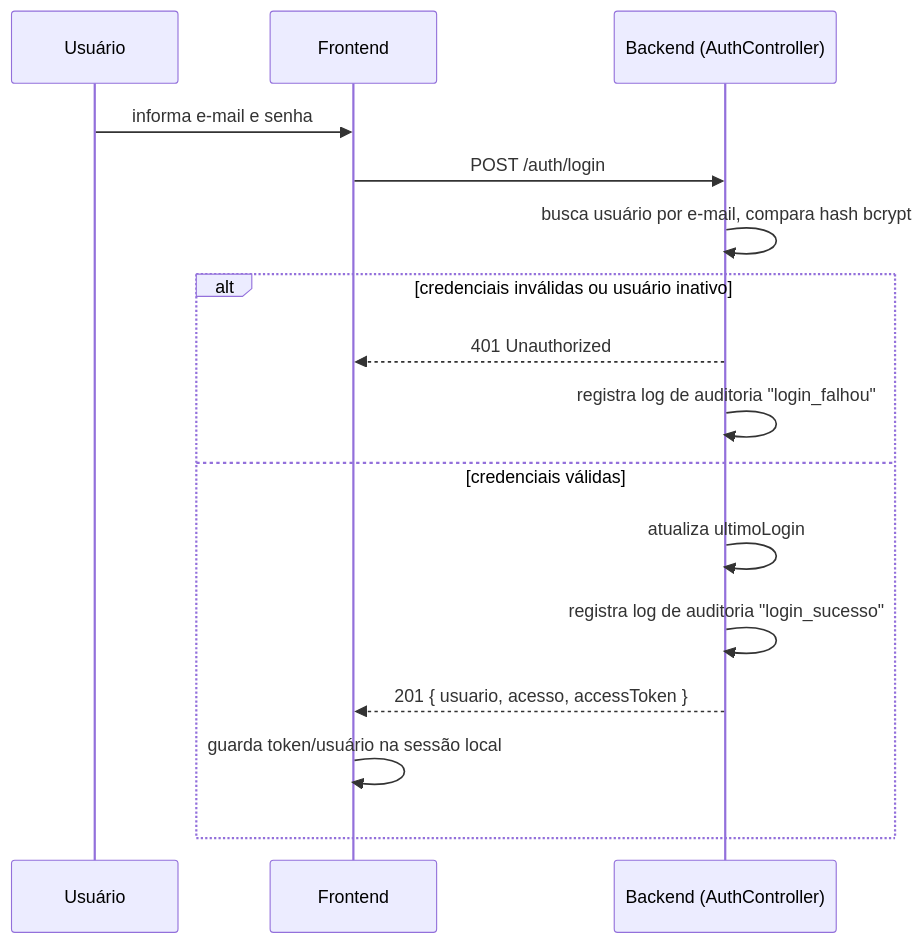
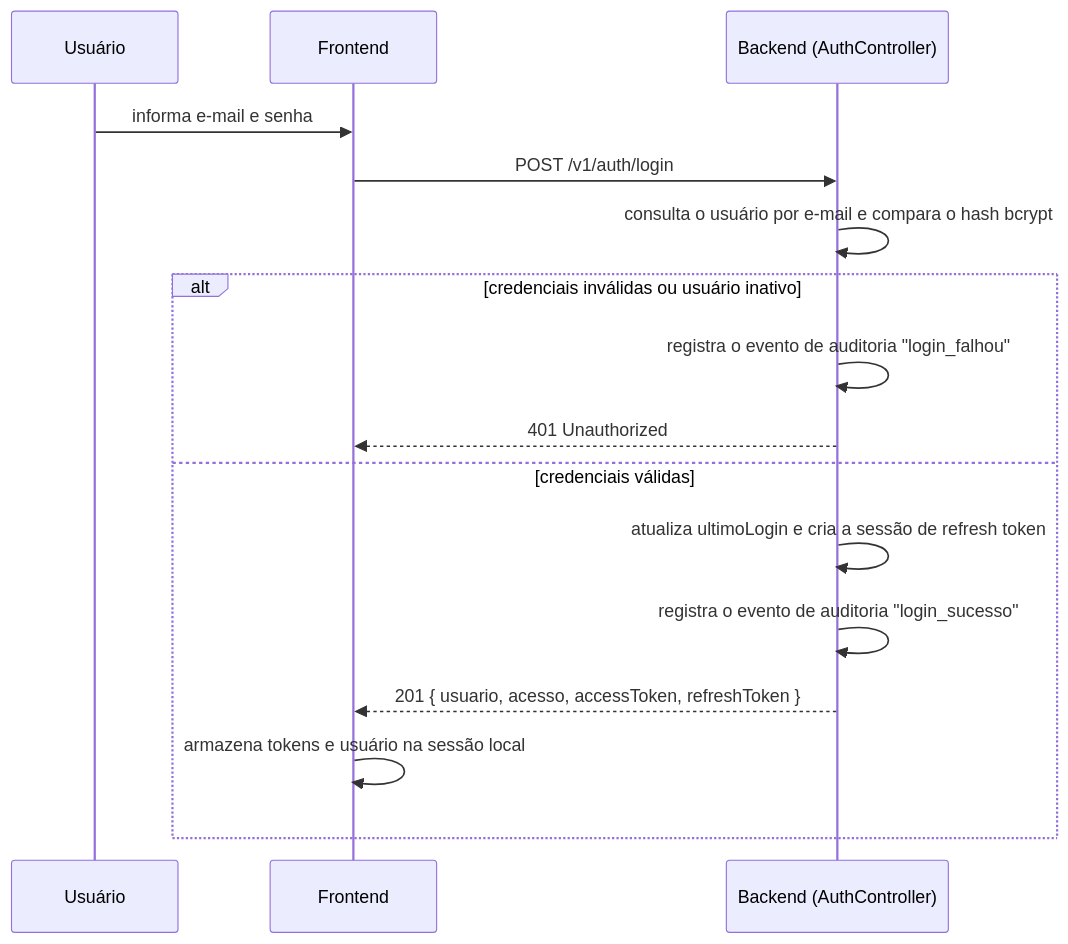
The first of 10 diagrams in docs/system/05-fluxos-do-sistema.md (bebberjoao/RoosterOneBackend), drawn with Mermaid before and after one commit. The commit also changed other lines of this file and 5 other files, not shown here.

````diff
--- a/docs/system/05-fluxos-do-sistema.md
+++ b/docs/system/05-fluxos-do-sistema.md
@@ -7,18 +9,18 @@
 ```mermaid
 sequenceDiagram
     participant U as Usuário
     participant F as Frontend
     participant B as Backend (AuthController)
     U->>F: informa e-mail e senha
-    F->>B: POST /auth/login
-    B->>B: busca usuário por e-mail, compara hash bcrypt
+    F->>B: POST /v1/auth/login
+    B->>B: consulta o usuário por e-mail e compara o hash bcrypt
     alt credenciais inválidas ou usuário inativo
+        B->>B: registra o evento de auditoria "login_falhou"
         B-->>F: 401 Unauthorized
-        B->>B: registra log de auditoria "login_falhou"
     else credenciais válidas
-        B->>B: atualiza ultimoLogin
-        B->>B: registra log de auditoria "login_sucesso"
-        B-->>F: 201 { usuario, acesso, accessToken }
-        F->>F: guarda token/usuário na sessão local
+        B->>B: atualiza ultimoLogin e cria a sessão de refresh token
+        B->>B: registra o evento de auditoria "login_sucesso"
+        B-->>F: 201 { usuario, acesso, accessToken, refreshToken }
+        F->>F: armazena tokens e usuário na sessão local
     end
 ```
````
